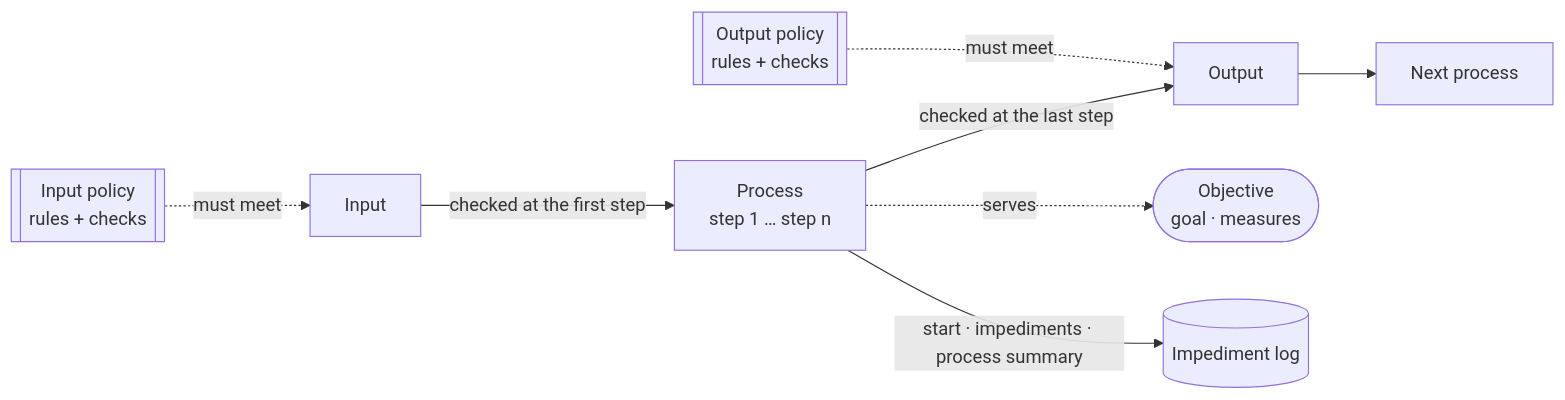
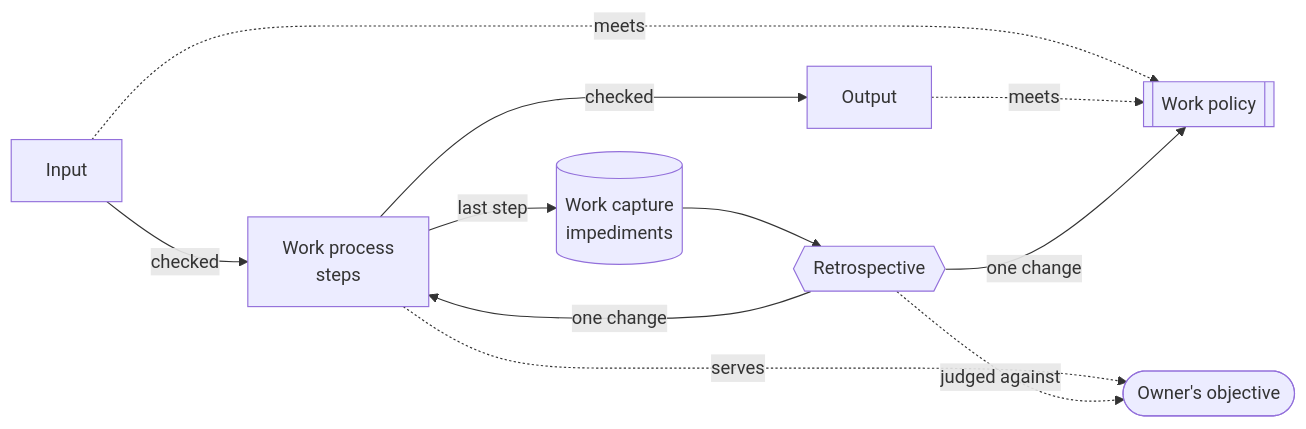
One commit to Delkrak/claude-coach changed the diagram in plugins/devops-drillmaster/concept.md. Above: the diagram before and after it, drawn with Mermaid. The commit also changed other lines of this file, not shown here.

First line of the commit message:
docs(devops-drillmaster): concept.md - introduction, concept, the process

````diff
--- a/plugins/devops-drillmaster/concept.md
+++ b/plugins/devops-drillmaster/concept.md
@@ -61,19 +63,20 @@
 ```mermaid
 flowchart LR
-    obj(["Objective<br/>goal · measures"])
-    inPol[["Input policy<br/>rules + checks"]]
-    outPol[["Output policy<br/>rules + checks"]]
+    obj(["Owner's objective"])
+    pol[["Work policy"]]
     input["Input"]
-    process["Process<br/>step 1 … step n"]
+    proc["Work process<br/>steps"]
     output["Output"]
-    next["Next process"]
-    log[("Impediment log")]
+    cap[("Work capture<br/>impediments")]
+    retro{{"Retrospective"}}
 
-    input -->|checked at the first step| process
-    process -->|checked at the last step| output
-    output --> next
-    inPol -. must meet .-> input
-    outPol -. must meet .-> output
-    process -. serves .-> obj
-    process -->|start · impediments · process summary| log
+    input -->|checked| proc -->|checked| output
+    input -. meets .-> pol
+    output -. meets .-> pol
+    proc -->|last step| cap
+    cap --> retro
+    retro -->|one change| proc
+    retro -->|one change| pol
+    proc -. serves .-> obj
+    retro -. judged against .-> obj
 ```
````
